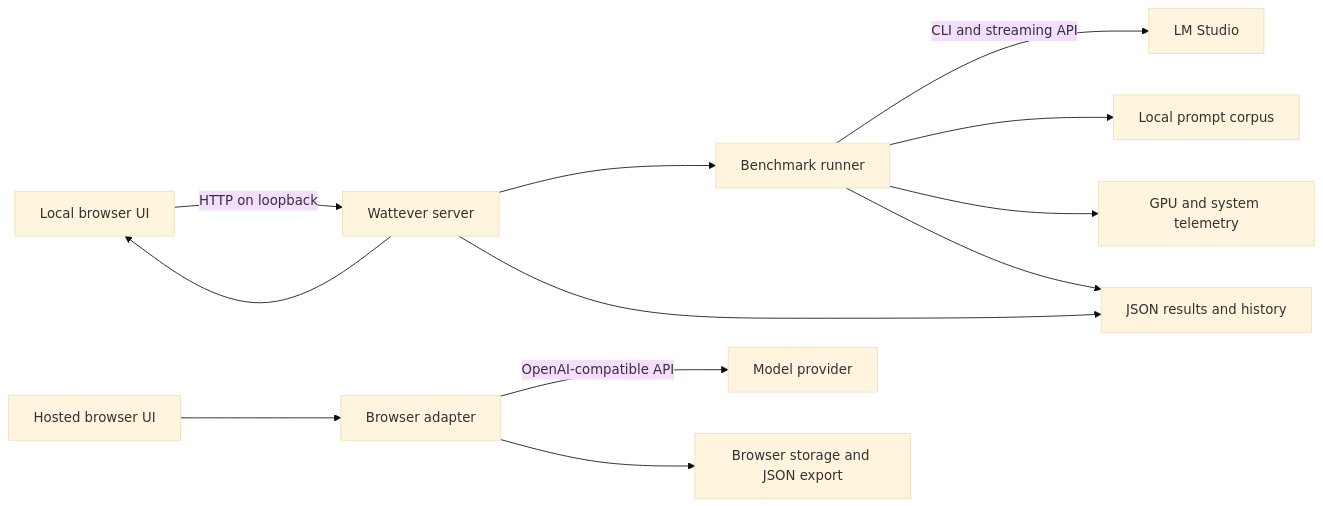
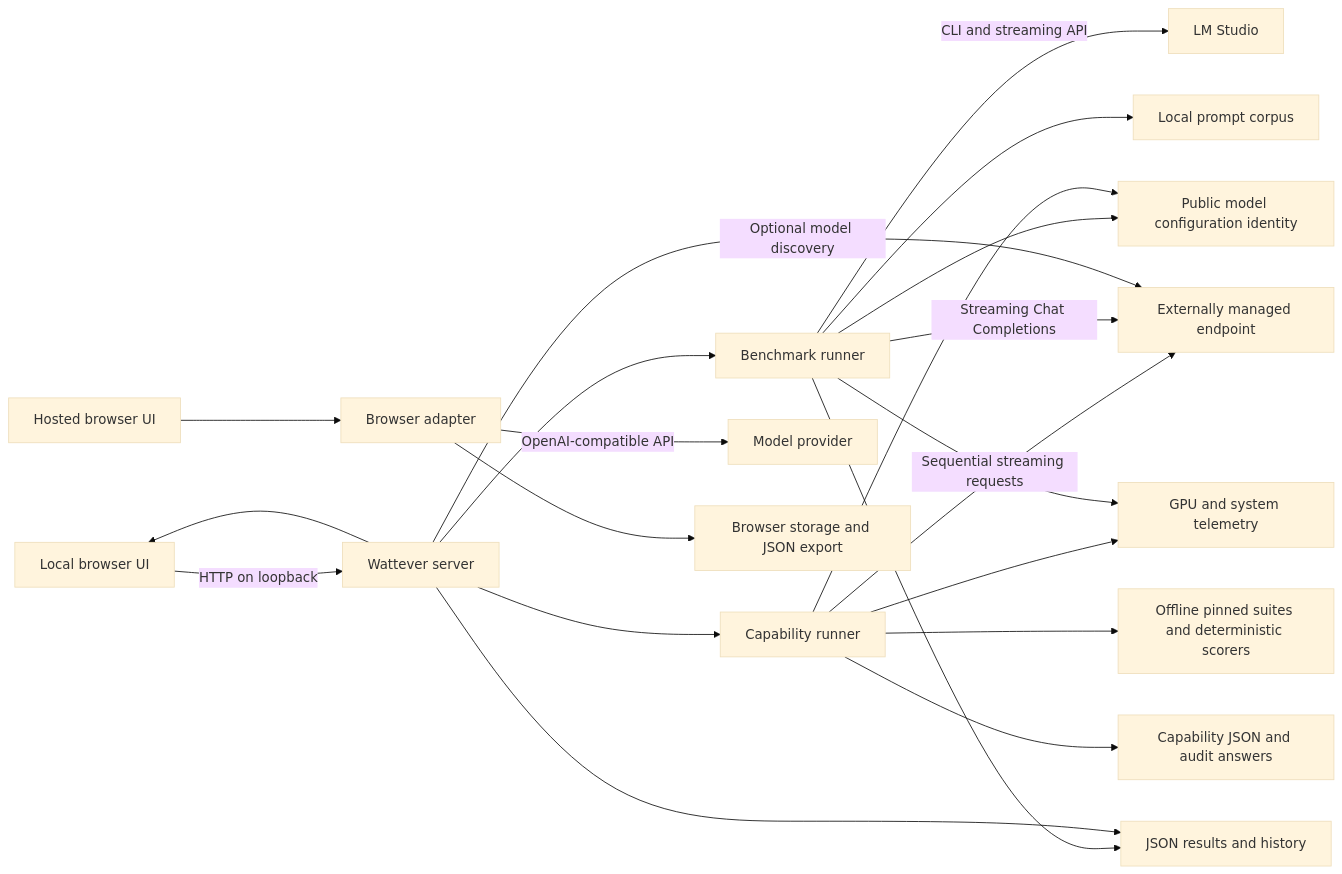
The diagram in docs/architecture.md (lpalbou/Wattever), drawn with Mermaid (base theme) before and after one commit. The commit also changed other lines of this file and 95 other files, not shown here.

````diff
--- a/docs/architecture.md
+++ b/docs/architecture.md
@@ -3,14 +3,23 @@
 ```mermaid
 flowchart LR
     UI[Local browser UI] -->|HTTP on loopback| Server[Wattever server]
     Server --> Runner[Benchmark runner]
+    Server --> Cap[Capability runner]
+    Cap -->|Sequential streaming requests| Endpoint
+    Cap --> Suites[Offline pinned suites and deterministic scorers]
+    Cap --> CapStore[Capability JSON and audit answers]
+    Cap --> Sensors
+    Runner --> Identity[Public model configuration identity]
+    Cap --> Identity
     Runner -->|CLI and streaming API| LMS[LM Studio]
+    Runner -->|Streaming Chat Completions| Endpoint[Externally managed endpoint]
+    Server -->|Optional model discovery| Endpoint
     Runner --> Corpus[Local prompt corpus]
     Runner --> Sensors[GPU and system telemetry]
     Runner --> Store[JSON results and history]
     Server --> Store
     Server --> UI
     Hosted[Hosted browser UI] --> Adapter[Browser adapter]
     Adapter -->|OpenAI-compatible API| Provider[Model provider]
     Adapter --> BrowserStore[Browser storage and JSON export]
 ```
````
